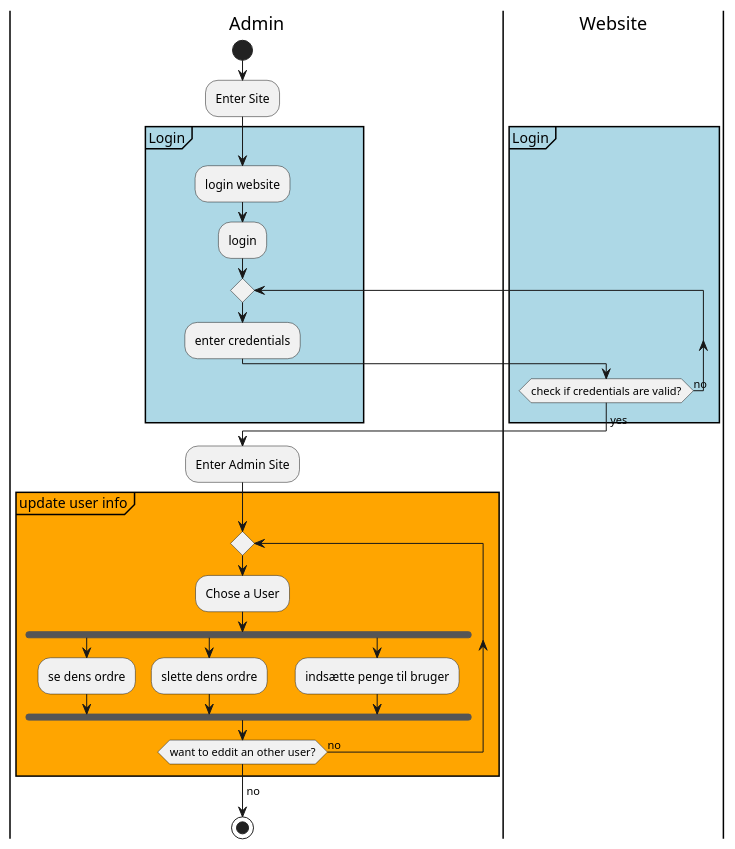
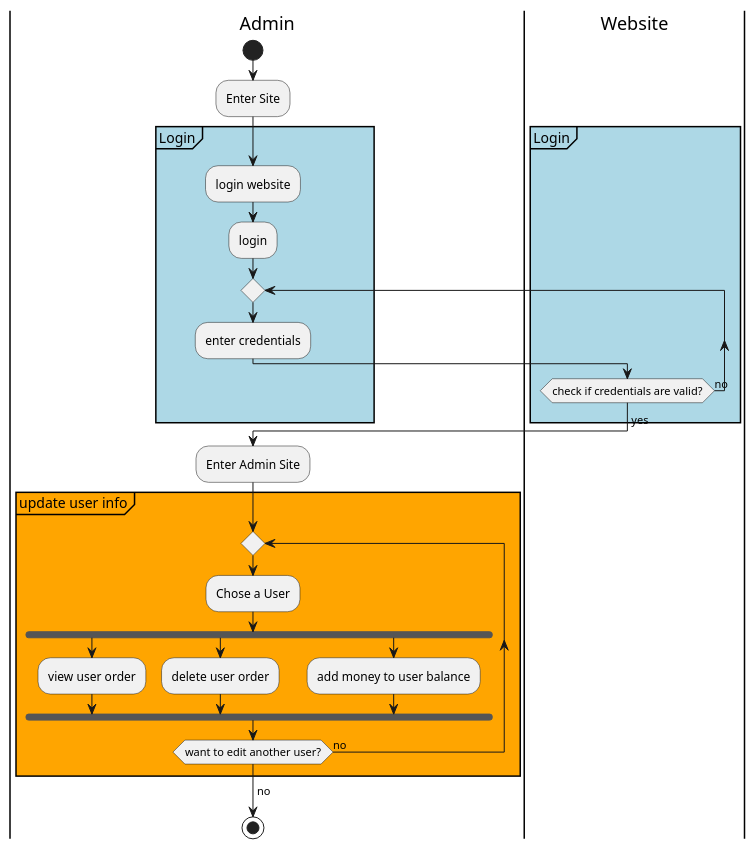
One commit to NokIkNick/Cupkake---Gruppe-B changed the diagram in src/docs/plantUML/ActivityDragramAdmin.puml. Above: the diagram before and after it, drawn with PlantUML.

Commit message:
fixed spelling issues

```diff
--- a/src/docs/plantUML/ActivityDragramAdmin.puml
+++ b/src/docs/plantUML/ActivityDragramAdmin.puml
@@ -1,32 +1,32 @@
 @startuml
 'https://plantuml.com/activity-diagram-beta
 |Admin|
 start
 :Enter Site;
 partition #lightBlue Login {
 :login website;
 :login;
 repeat
 :enter credentials;
 |Website|
 repeat while (check if credentials are valid?) is (no)
 ->yes;
 }
 |Admin|
 :Enter Admin Site;
 partition #Orange update user info {
 repeat
 :Chose a User;
 fork
-:se dens ordre;
+:view user order;
 fork again
-:slette dens ordre;
+:delete user order;
 fork again
-:indsætte penge til bruger;
+:add money to user balance;
 end fork
-repeat while (want to eddit an other user?) is (no)
+repeat while (want to edit another user?) is (no)
 -> no;
 }
 stop
 
 @enduml
```
